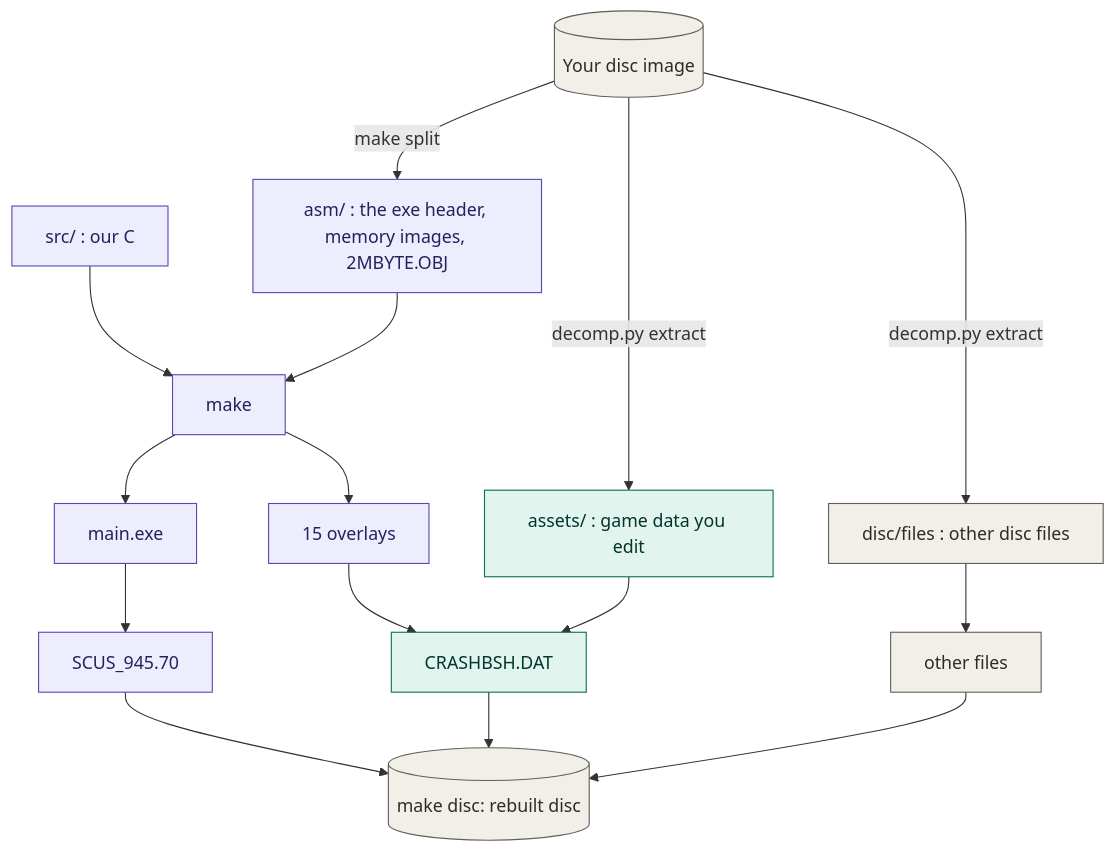
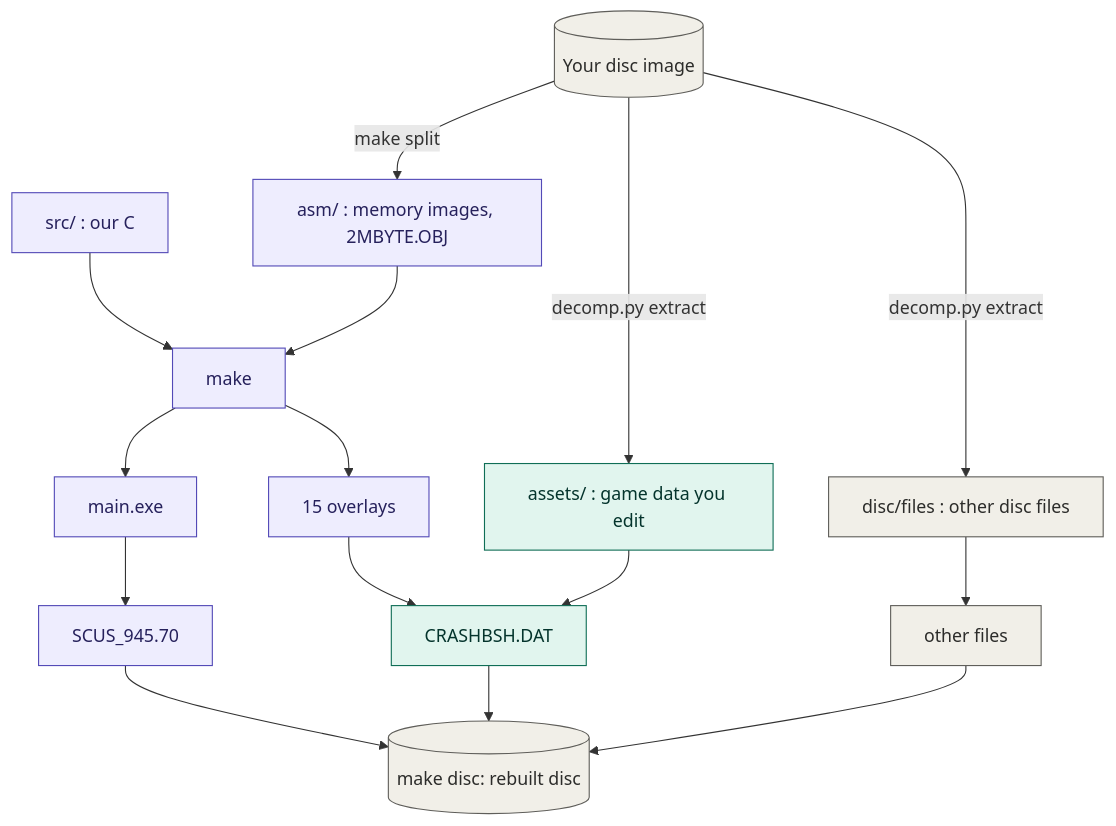
One commit to jake-r-r-w/crash_bash_decomp changed the diagram in README.md. Above: the diagram before and after it, drawn with Mermaid. The commit also changed other lines of this file and 9 other files, not shown here.

````diff
--- a/README.md
+++ b/README.md
@@ -84,26 +84,26 @@
 ```mermaid
 flowchart TD
     src["src/ : our C"]
     disc[("Your disc image")]
-    disc -- "make split" --> asm["asm/ : the exe header, memory images, 2MBYTE.OBJ"]
+    disc -- "make split" --> asm["asm/ : memory images, 2MBYTE.OBJ"]
     disc -- "decomp.py extract" --> assets["assets/ : game data you edit"]
     disc -- "decomp.py extract" --> files["disc/files : other disc files"]
     src --> make["make"]
     asm --> make
     make --> exe["main.exe"]
     make --> ovl["15 overlays"]
     exe --> boot["SCUS_945.70"]
     ovl --> dat["CRASHBSH.DAT"]
     assets --> dat
     files --> other["other files"]
     boot --> out[("make disc: rebuilt disc")]
     dat --> out
     other --> out
 
     classDef code fill:#EEEDFE,stroke:#534AB7,color:#26215C
     classDef data fill:#E1F5EE,stroke:#0F6E56,color:#04342C
     classDef plain fill:#F1EFE8,stroke:#5F5E5A,color:#2C2C2A
     class src,asm,make,exe,ovl,boot code
     class assets,dat data
     class disc,files,other,out plain
 ```
````
